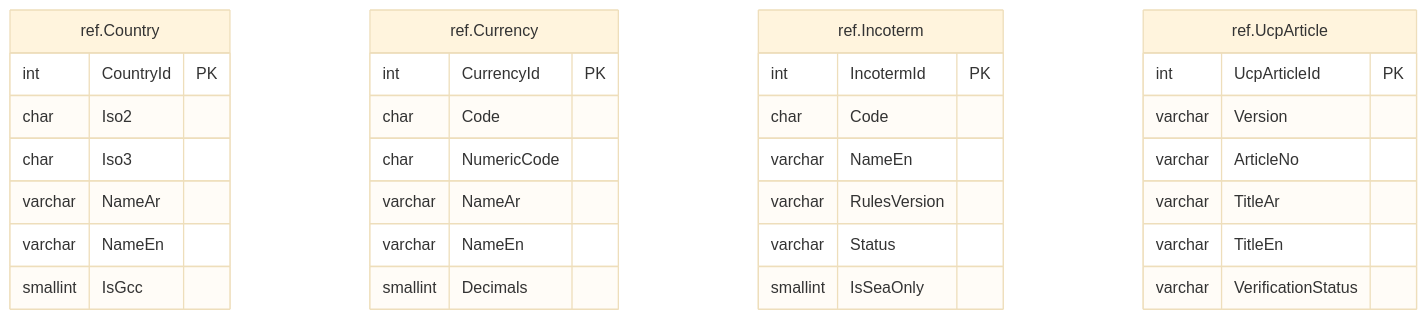
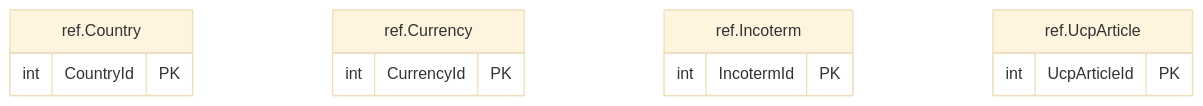
One commit to thawrasy/smartlines changed the diagram in treasury-platform/docs/diagrams/erd/m4_global_ref.mmd. Above: the diagram before and after it, drawn with Mermaid (base theme). The commit also changed 230 other files, not shown here.

First line of the commit message:
Rework the ERD Word document after design-review findings

```diff
--- a/treasury-platform/docs/diagrams/erd/m4_global_ref.mmd
+++ b/treasury-platform/docs/diagrams/erd/m4_global_ref.mmd
@@ -1,34 +1,14 @@
-%% المراجع العامة (ref) — Global references (shared, read-only)
+%% م4 · المراجع العامة (ref) — Global references (shared, read-only)
 erDiagram
   ref_Country["ref.Country"] {
     int CountryId PK
-    char Iso2
-    char Iso3
-    varchar NameAr
-    varchar NameEn
-    smallint IsGcc
   }
   ref_Currency["ref.Currency"] {
     int CurrencyId PK
-    char Code
-    char NumericCode
-    varchar NameAr
-    varchar NameEn
-    smallint Decimals
   }
   ref_Incoterm["ref.Incoterm"] {
     int IncotermId PK
-    char Code
-    varchar NameEn
-    varchar RulesVersion
-    varchar Status
-    smallint IsSeaOnly
   }
   ref_UcpArticle["ref.UcpArticle"] {
     int UcpArticleId PK
-    varchar Version
-    varchar ArticleNo
-    varchar TitleAr
-    varchar TitleEn
-    varchar VerificationStatus
   }
```
